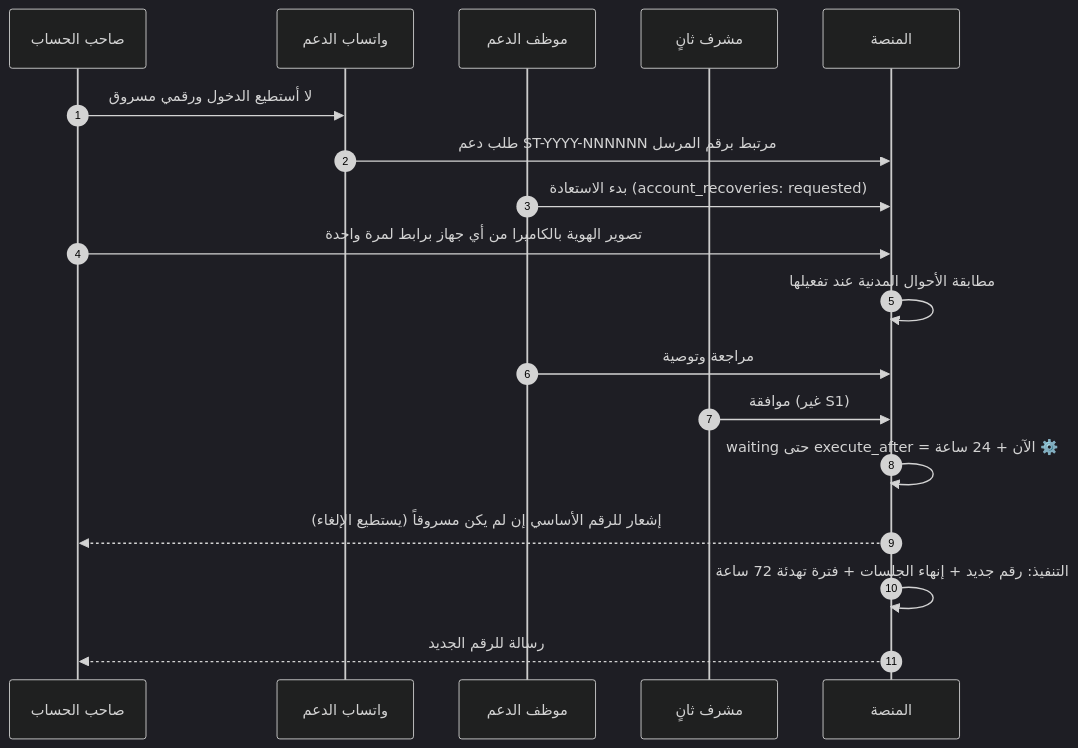
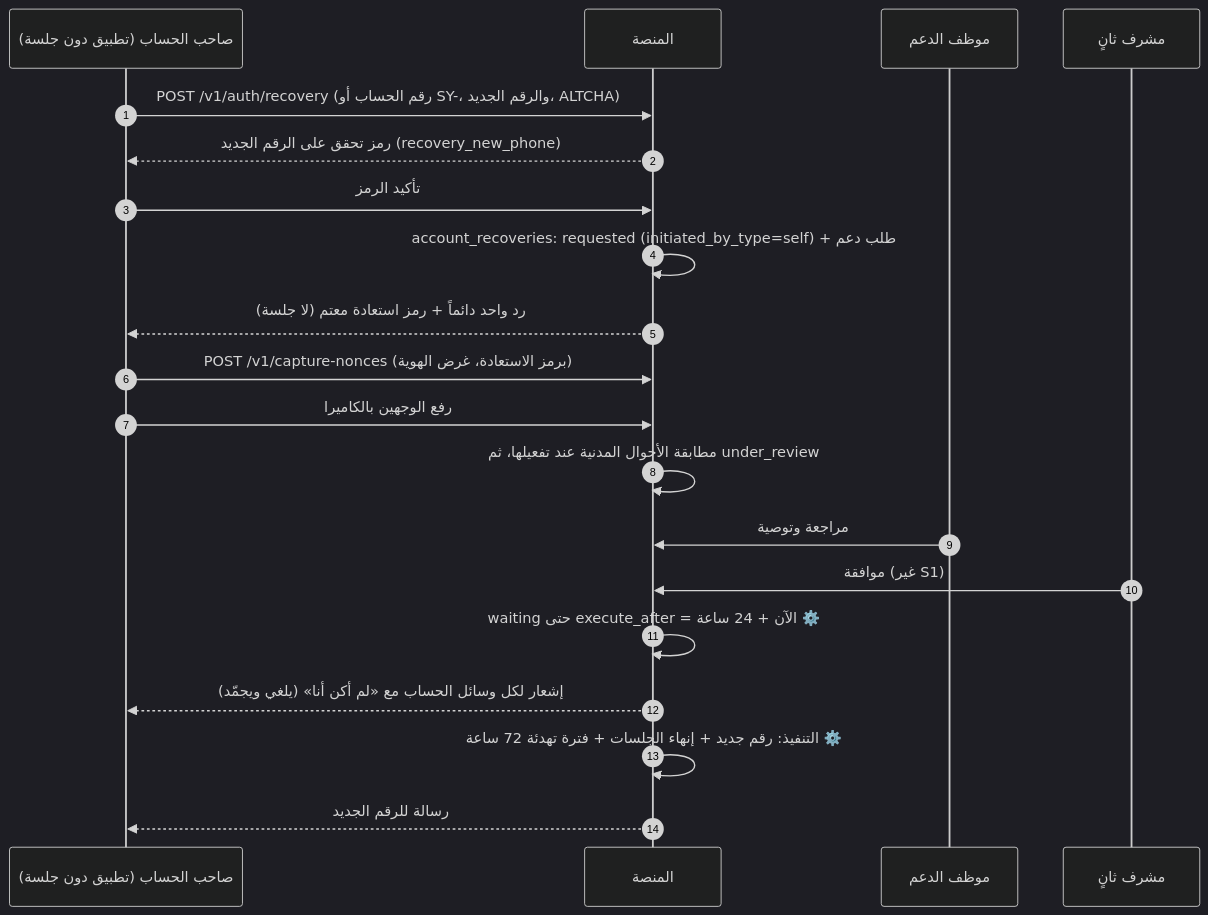
Before and after one commit to servacode/imei: the seventh of 25 diagrams in docs/19-technical-design.md, drawn with Mermaid (dark theme). The commit also changed other lines of this file and 3 other files, not shown here.

````diff
--- a/docs/19-technical-design.md
+++ b/docs/19-technical-design.md
@@ -868,20 +872,22 @@
 ```mermaid
 sequenceDiagram
     autonumber
-    participant U as صاحب الحساب
-    participant WS as واتساب الدعم
+    participant U as صاحب الحساب (تطبيق دون جلسة)
+    participant A as المنصة
     participant S1 as موظف الدعم
     participant S2 as مشرف ثانٍ
-    participant A as المنصة
-    U->>WS: لا أستطيع الدخول ورقمي مسروق
-    WS->>A: طلب دعم ST-YYYY-NNNNNN مرتبط برقم المرسل
-    S1->>A: بدء الاستعادة (account_recoveries: requested)
-    U->>A: تصوير الهوية بالكاميرا من أي جهاز برابط لمرة واحدة
-    A->>A: مطابقة الأحوال المدنية عند تفعيلها
+    U->>A: POST /v1/auth/recovery (رقم الحساب أو SY-، والرقم الجديد، ALTCHA)
+    A-->>U: رمز تحقق على الرقم الجديد (recovery_new_phone)
+    U->>A: تأكيد الرمز
+    A->>A: account_recoveries: requested (initiated_by_type=self) + طلب دعم
+    A-->>U: رد واحد دائماً + رمز استعادة معتم (لا جلسة)
+    U->>A: POST /v1/capture-nonces (برمز الاستعادة، غرض الهوية)
+    U->>A: رفع الوجهين بالكاميرا
+    A->>A: مطابقة الأحوال المدنية عند تفعيلها، ثم under_review
     S1->>A: مراجعة وتوصية
     S2->>A: موافقة (غير S1)
     A->>A: waiting حتى execute_after = الآن + 24 ساعة ⚙️
-    A-->>U: إشعار للرقم الأساسي إن لم يكن مسروقاً (يستطيع الإلغاء)
-    A->>A: التنفيذ: رقم جديد + إنهاء الجلسات + فترة تهدئة 72 ساعة
+    A-->>U: إشعار لكل وسائل الحساب مع «لم أكن أنا» (يلغي ويجمّد)
+    A->>A: التنفيذ: رقم جديد + إنهاء الجلسات + فترة تهدئة 72 ساعة ⚙️
     A-->>U: رسالة للرقم الجديد
 ```
````
